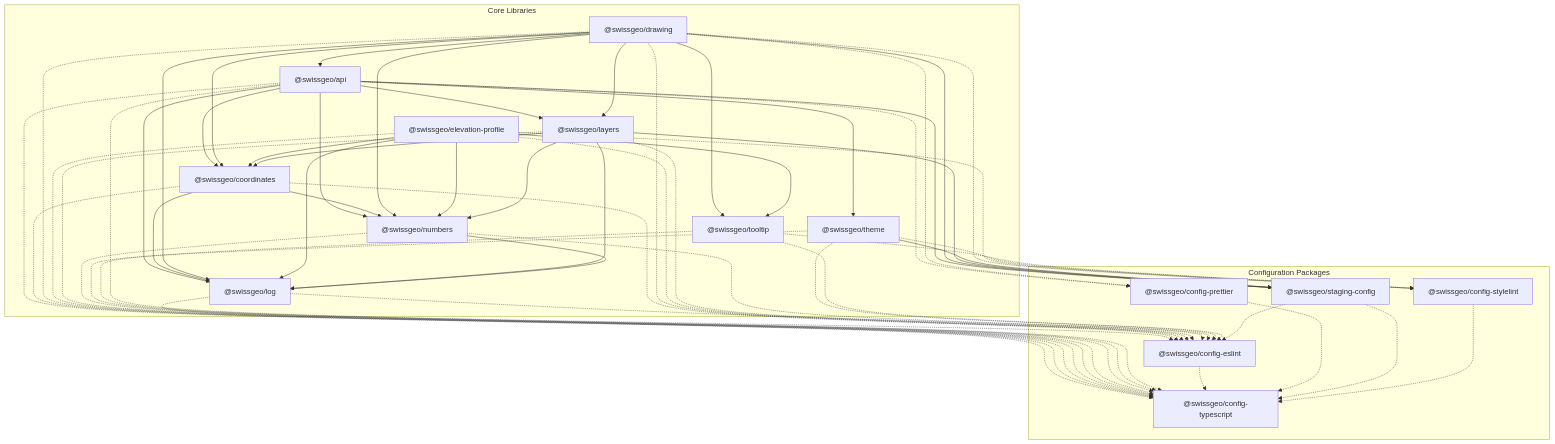
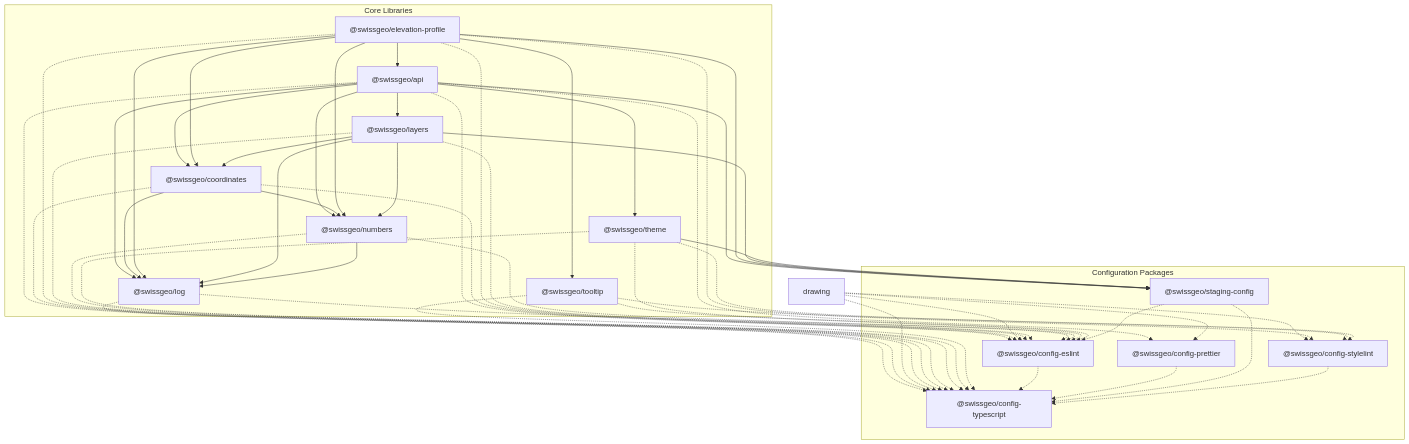
One commit to geoadmin/web-mapviewer changed the diagram in PACKAGES.md. Above: the diagram before and after it, drawn with Mermaid. The commit also changed other lines of this file and 5 other files, not shown here.

```diff
--- a/PACKAGES.md
+++ b/PACKAGES.md
@@ -11,7 +11,6 @@
     subgraph Core Libraries
         api["@swissgeo/api"]
         coordinates["@swissgeo/coordinates"]
-        drawing["@swissgeo/drawing"]
         elevation["@swissgeo/elevation-profile"]
         layers["@swissgeo/layers"]
         log["@swissgeo/log"]
@@ -39,17 +38,11 @@
     coordinates --> log
     coordinates --> numbers
 
-    drawing --> api
-    drawing --> coordinates
-    drawing --> layers
-    drawing --> log
-    drawing --> numbers
-    drawing --> staging
-    drawing --> tooltip
-
+    elevation --> api
     elevation --> coordinates
     elevation --> log
     elevation --> numbers
+    elevation --> staging
     elevation --> tooltip
 
     layers --> coordinates
```
